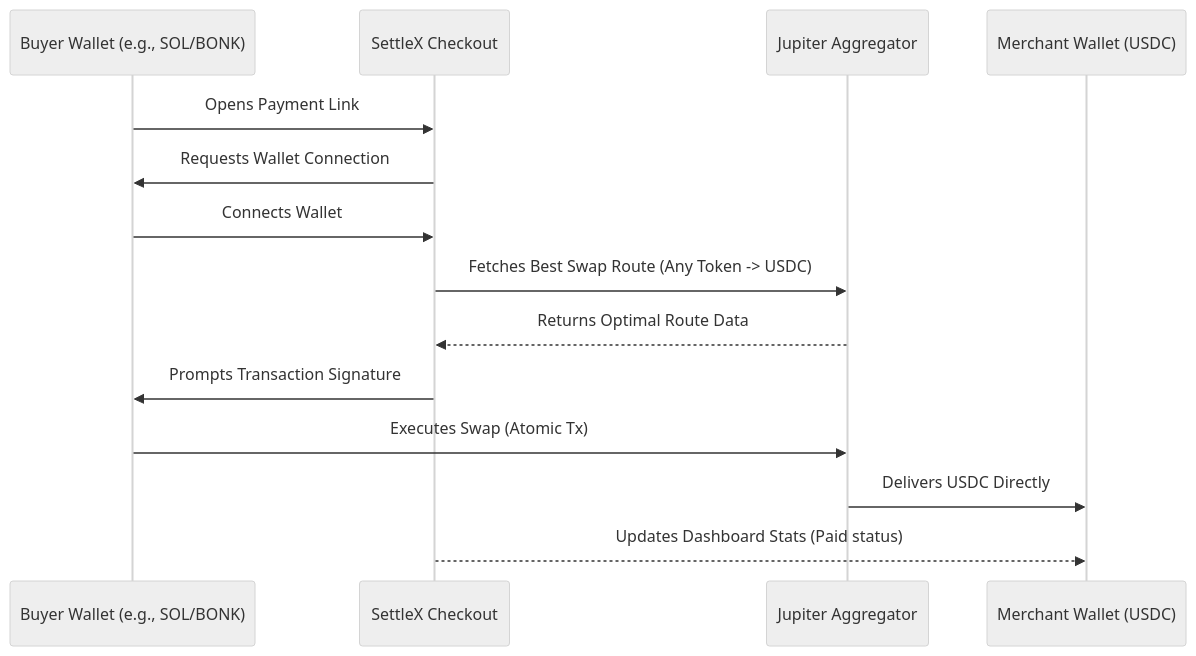
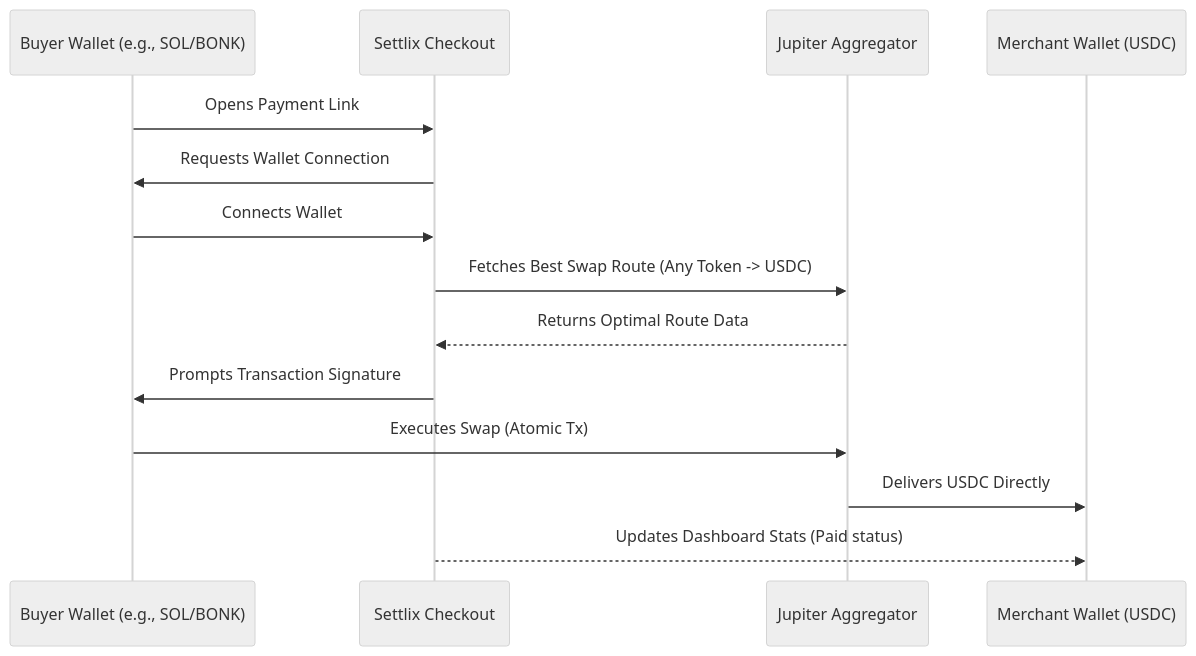
Before and after one commit to ItsSVK/settlix: the diagram in README.md, drawn with Mermaid (neutral theme). The commit also changed other lines of this file and 22 other files, not shown here.

Commit message:
chore: rename project from SettleX to Settlix across codebase and documentation

````diff
--- a/README.md
+++ b/README.md
@@ -29,17 +29,17 @@
 ```mermaid
 sequenceDiagram
     participant B as Buyer Wallet (e.g., SOL/BONK)
-    participant S as SettleX Checkout
+    participant S as Settlix Checkout
     participant J as Jupiter Aggregator
     participant M as Merchant Wallet (USDC)
 
     B->>S: Opens Payment Link
     S->>B: Requests Wallet Connection
     B->>S: Connects Wallet
     S->>J: Fetches Best Swap Route (Any Token -> USDC)
     J-->>S: Returns Optimal Route Data
     S->>B: Prompts Transaction Signature
     B->>J: Executes Swap (Atomic Tx)
     J->>M: Delivers USDC Directly
     S-->>M: Updates Dashboard Stats (Paid status)
 ```
````
